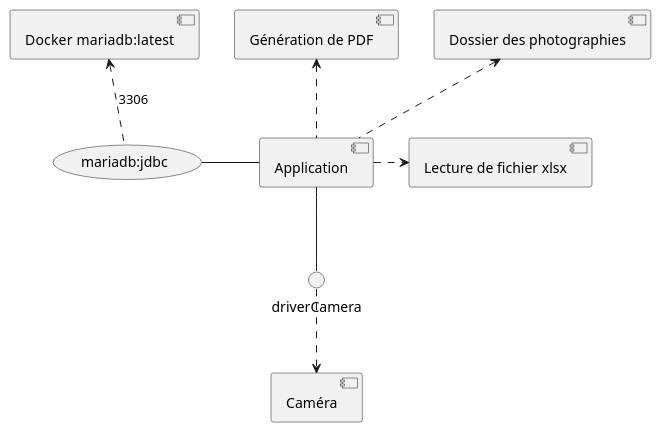
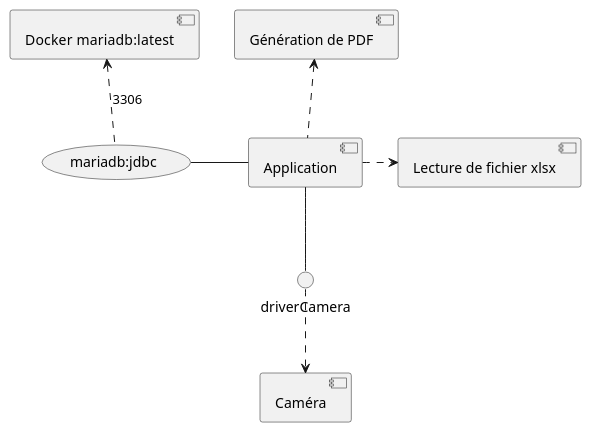
One commit to pandadorable/Trombinoscope changed the diagram in Diagrammes/composants.wsd. Above: the diagram before and after it, drawn with PlantUML. The commit also changed 1 other file, not shown here.

Commit message:
UPDATE DIAGRAMM

```diff
--- a/Diagrammes/composants.wsd
+++ b/Diagrammes/composants.wsd
@@ -1,15 +1,13 @@
 @startuml Diagrame composants
 [Caméra]
-[Dossier des photographies] as dossier
 [Génération de PDF] as pdf
 [Lecture de fichier xlsx] as xls
 interface driverCamera
 
 (mariadb:jdbc) - [Application]
 driverCamera -up- [Application]
 driverCamera .down.> [Caméra]
 (mariadb:jdbc) .up.> [Docker  mariadb:latest] : 3306
 [Application] .up.> pdf
 [Application] .right.> xls
-[Application] .up.> dossier
 @enduml
```
